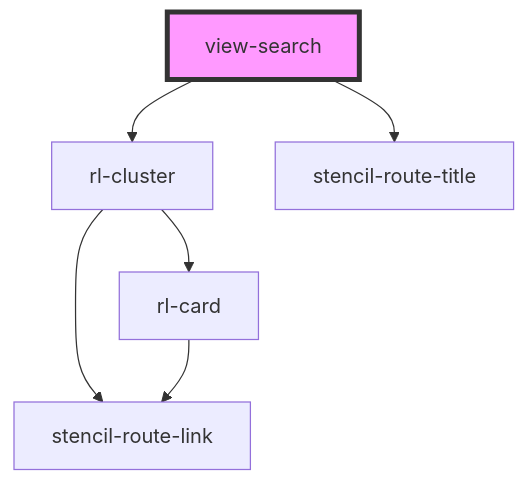
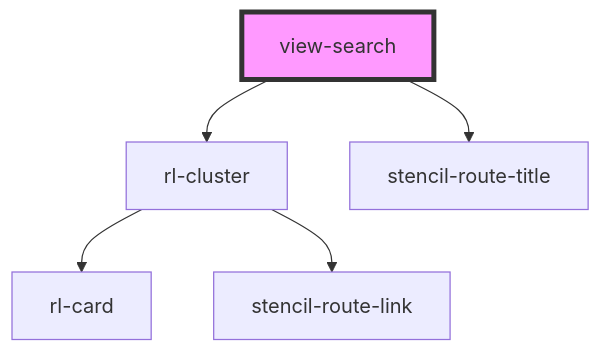
The diagram in src/views/view-search/readme.md (torontomulibrary/building-info-system), drawn with Mermaid before and after one commit. The commit also changed 6 other files, not shown here.

````diff
--- a/src/views/view-search/readme.md
+++ b/src/views/view-search/readme.md
@@ -26,9 +26,8 @@
 ```mermaid
 graph TD;
   view-search --> rl-cluster
   view-search --> stencil-route-title
   rl-cluster --> rl-card
   rl-cluster --> stencil-route-link
-  rl-card --> stencil-route-link
   style view-search fill:#f9f,stroke:#333,stroke-width:4px
 ```
````
